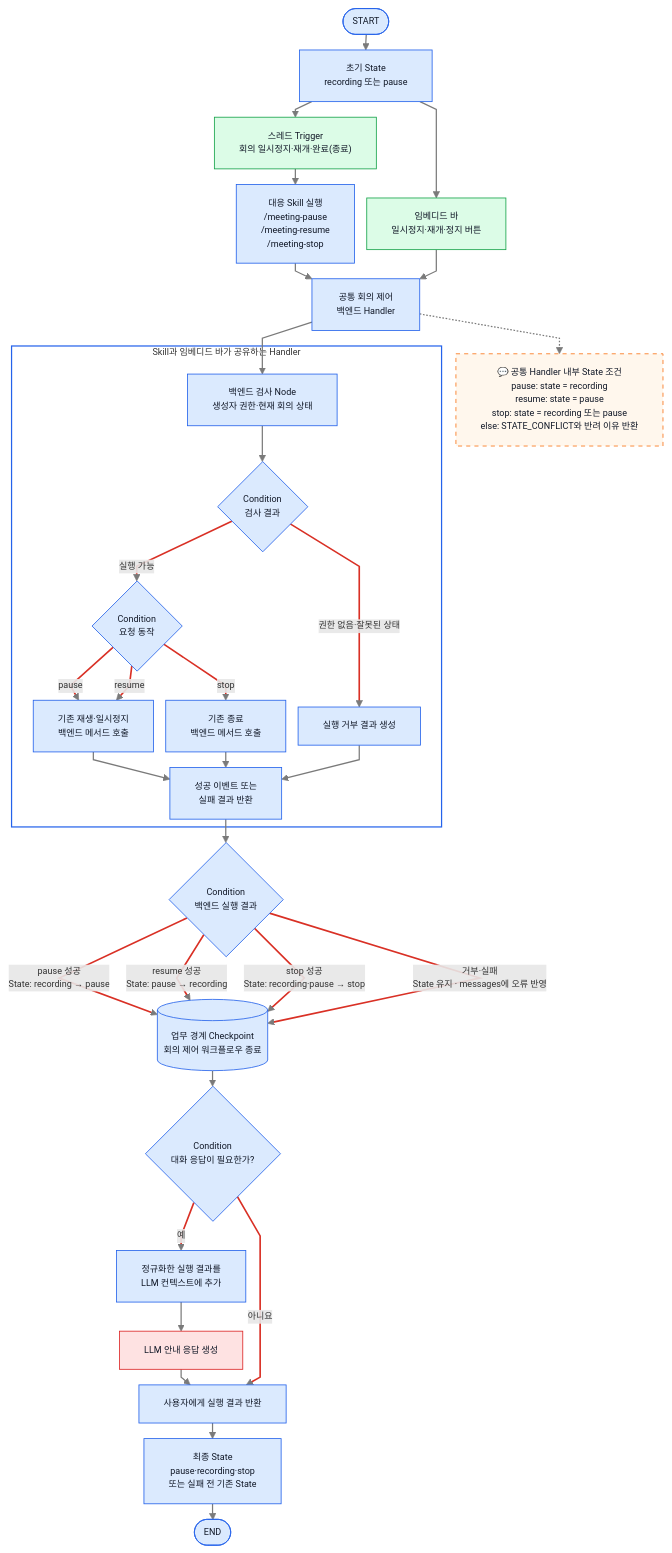
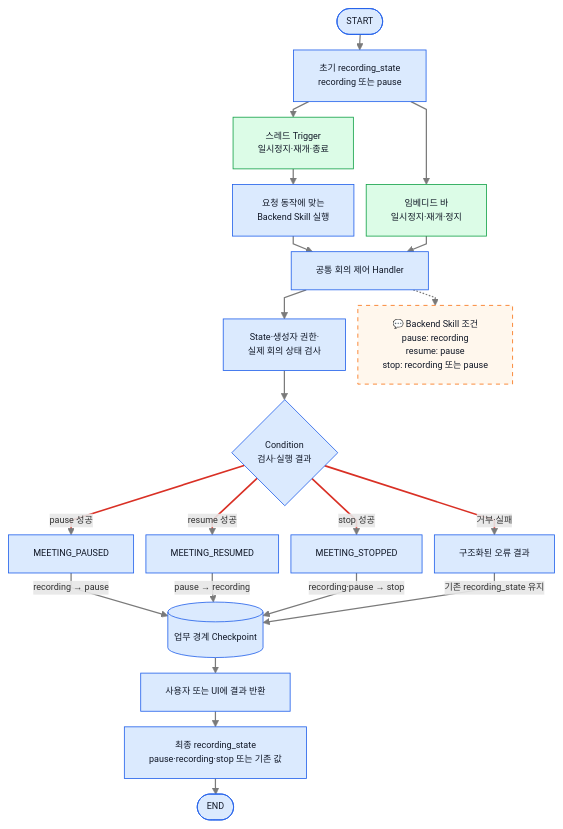
The fifth of 10 diagrams in ZENAI/에이전트 설계/회의록 에이전트 설계/1. 회의록 에이전트 워크플로우 graph 정의.md (ericyum/Obsidian), drawn with Mermaid before and after one commit. The commit also changed other lines of this file and 11 other files, not shown here.

````diff
--- a/ZENAI/에이전트 설계/회의록 에이전트 설계/1. 회의록 에이전트 워크플로우 graph 정의.md
+++ b/ZENAI/에이전트 설계/회의록 에이전트 설계/1. 회의록 에이전트 워크플로우 graph 정의.md
@@ -252,55 +219,32 @@
 ```mermaid
 %%{init: {"flowchart": {"useMaxWidth": true, "nodeSpacing": 15, "rankSpacing": 19, "curve": "linear"}, "themeVariables": {"fontSize": "11px"}}}%%
 flowchart TB
-    S(["START"]) --> IS["초기 State<br/>recording 또는 pause"]
-    IS --> U["스레드 Trigger<br/>회의 일시정지·재개·완료(종료)"]
-    IS --> UI["임베디드 바<br/>일시정지·재개·정지 버튼"]
-    U --> SK["대응 Skill 실행<br/>/meeting-pause<br/>/meeting-resume<br/>/meeting-stop"]
-    SK --> HD["공통 회의 제어<br/>백엔드 Handler"]
+    S(["START"]) --> IS["초기 recording_state<br/>recording 또는 pause"]
+    IS --> U["스레드 Trigger<br/>일시정지·재개·종료"]
+    IS --> UI["임베디드 바<br/>일시정지·재개·정지"]
+    U --> SK["요청 동작에 맞는<br/>Backend Skill 실행"]
+    SK --> HD["공통 회의 제어 Handler"]
     UI --> HD
-    subgraph HANDLER["Skill과 임베디드 바가 공유하는 Handler"]
-        V["백엔드 검사 Node<br/>생성자 권한·현재 회의 상태"]
-        VC{"Condition<br/>검사 결과"}
-        AC{"Condition<br/>요청 동작"}
-        PM["기존 재생·일시정지<br/>백엔드 메서드 호출"]
-        EM["기존 종료<br/>백엔드 메서드 호출"]
-        DN["실행 거부 결과 생성"]
-        EV["성공 이벤트 또는<br/>실패 결과 반환"]
-    end
-    HD --> V
-    V --> VC
-    VC -->|"실행 가능"| AC
-    VC -->|"권한 없음·잘못된 상태"| DN
-    AC -->|"pause"| PM
-    AC -->|"resume"| PM
-    AC -->|"stop"| EM
-    PM --> EV
-    EM --> EV
-    DN --> EV
-    EV --> RC{"Condition<br/>백엔드 실행 결과"}
-    RC -->|"pause 성공<br/>State: recording → pause"| CP[("업무 경계 Checkpoint<br/>회의 제어 워크플로우 종료")]
-    RC -->|"resume 성공<br/>State: pause → recording"| CP
-    RC -->|"stop 성공<br/>State: recording·pause → stop"| CP
-    RC -->|"거부·실패<br/>State 유지 · messages에 오류 반영"| CP
-    CP --> NR{"Condition<br/>대화 응답이 필요한가?"}
-    NR -->|"예"| CX["정규화한 실행 결과를<br/>LLM 컨텍스트에 추가"]
-    CX --> L["LLM 안내 응답 생성"]
-    L --> R["사용자에게 실행 결과 반환"]
-    NR -->|"아니요"| R
-    R --> FS["최종 State<br/>pause·recording·stop<br/>또는 실패 전 기존 State"]
+    HD --> V["State·생성자 권한·<br/>실제 회의 상태 검사"]
+    V --> C{"Condition<br/>검사·실행 결과"}
+    C -->|"pause 성공"| EP["MEETING_PAUSED"]
+    C -->|"resume 성공"| ER["MEETING_RESUMED"]
+    C -->|"stop 성공"| ES["MEETING_STOPPED"]
+    C -->|"거부·실패"| EF["구조화된 오류 결과"]
+    EP -->|"recording → pause"| CP[("업무 경계 Checkpoint")]
+    ER -->|"pause → recording"| CP
+    ES -->|"recording·pause → stop"| CP
+    EF -->|"기존 recording_state 유지"| CP
+    CP --> R["사용자 또는 UI에 결과 반환"]
+    R --> FS["최종 recording_state<br/>pause·recording·stop 또는 기존 값"]
     FS --> E(["END"])
-    HD -.-> N2["💬 공통 Handler 내부 State 조건<br/>pause: state = recording<br/>resume: state = pause<br/>stop: state = recording 또는 pause<br/>else: STATE_CONFLICT와 반려 이유 반환"]
+    HD -.-> N2["💬 Backend Skill 조건<br/>pause: recording<br/>resume: pause<br/>stop: recording 또는 pause"]
     classDef user fill:#dcfce7,stroke:#16a34a,color:#111827;
     classDef internal fill:#dbeafe,stroke:#2563eb,color:#111827;
-    classDef llm fill:#fee2e2,stroke:#dc2626,color:#111827;
-    classDef state fill:#dbeafe,stroke:#2563eb,color:#111827;
-    classDef note fill:#fff7ed,stroke:#f97316,color:#111827,stroke-dasharray: 5 5;
+    classDef note fill:#fff7ed,stroke:#f97316,color:#111827,stroke-dasharray:5 5;
     class U,UI user;
-    class L llm;
-    class IS,FS state;
     class N2 note;
-    class S,SK,HD,V,VC,AC,PM,EM,DN,EV,RC,CP,NR,CX,R,E internal;
-    style HANDLER fill:transparent,stroke:#2563eb,stroke-width:1.5px;
+    class S,IS,SK,HD,V,C,EP,ER,ES,EF,CP,R,FS,E internal;
     linkStyle default stroke:#7a7a7a,stroke-width:1.5px;
-    linkStyle 8,9,10,11,12,17,18,19,20,22,25 stroke:#d93025,stroke-width:2px;
+    linkStyle 8,9,10,11 stroke:#d93025,stroke-width:2px;
 ```
````
